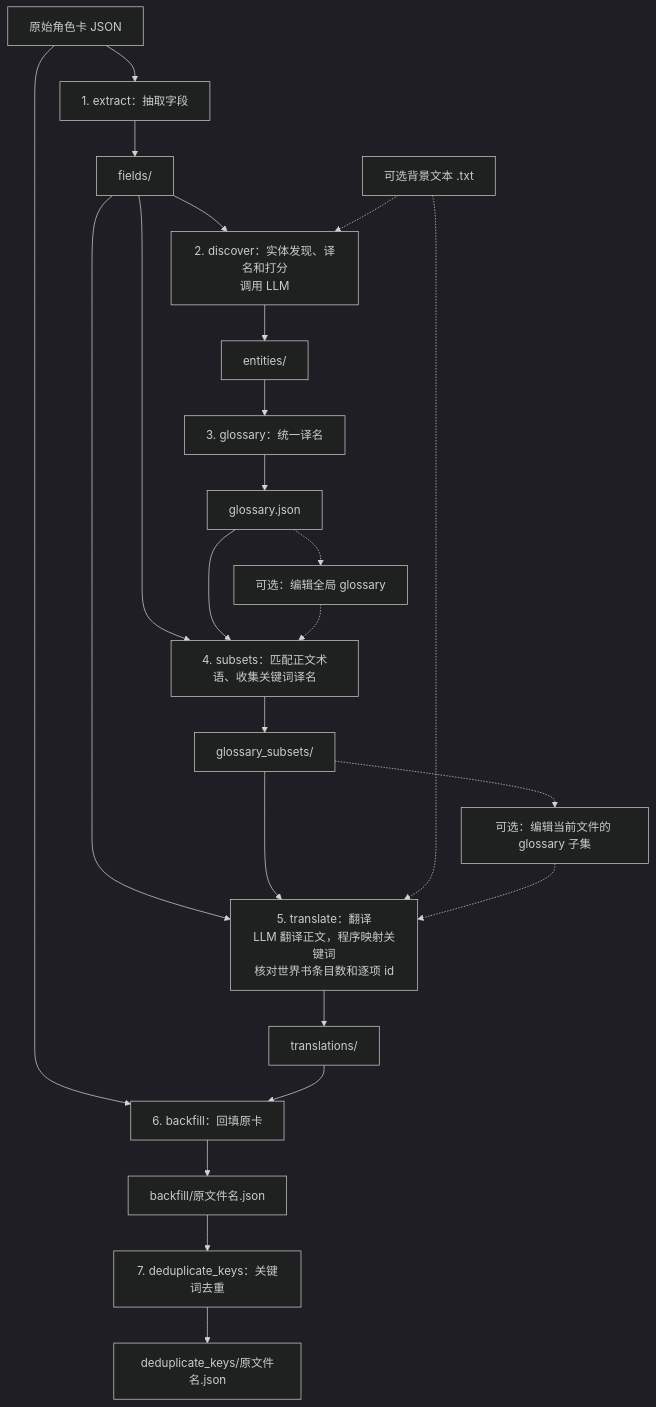
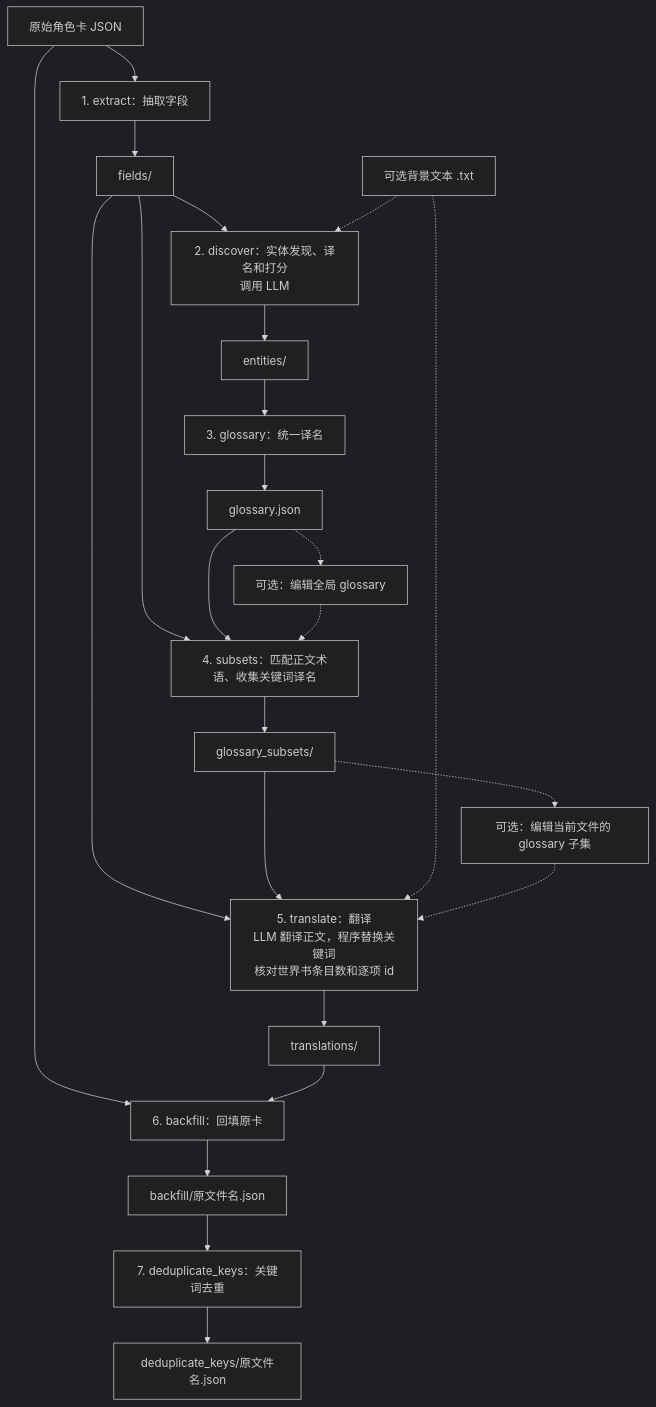
One commit to chansey97/st-character-card-translate changed the diagram in PLAN.md. Above: the diagram before and after it, drawn with Mermaid (dark theme). The commit also changed other lines of this file and 1 other file, not shown here.

````diff
--- a/PLAN.md
+++ b/PLAN.md
@@ -11,26 +11,26 @@
 ```mermaid
 flowchart TD
     A[原始角色卡 JSON] --> B["1. extract：抽取字段"]
     B --> C["fields/"]
     C --> D["2. discover：实体发现、译名和打分<br/>调用 LLM"]
     D --> E["entities/"]
     E --> F["3. glossary：统一译名"]
     F --> G["glossary.json"]
     C --> H["4. subsets：匹配正文术语、收集关键词译名"]
     G --> H
     H --> I["glossary_subsets/"]
-    C --> J["5. translate：翻译<br/>LLM 翻译正文，程序映射关键词<br/>核对世界书条目数和逐项 id"]
+    C --> J["5. translate：翻译<br/>LLM 翻译正文，程序替换关键词<br/>核对世界书条目数和逐项 id"]
     I --> J
     J --> K["translations/"]
     A --> L["6. backfill：回填原卡"]
     K --> L
     L --> M["backfill/原文件名.json"]
     M --> N["7. deduplicate_keys：关键词去重"]
     N --> O["deduplicate_keys/原文件名.json"]
     Z["可选背景文本 .txt"] -.-> D
     Z -.-> J
     G -.-> R["可选：编辑全局 glossary"]
     R -.-> H
     I -.-> S["可选：编辑当前文件的 glossary 子集"]
     S -.-> J
 ```
````
